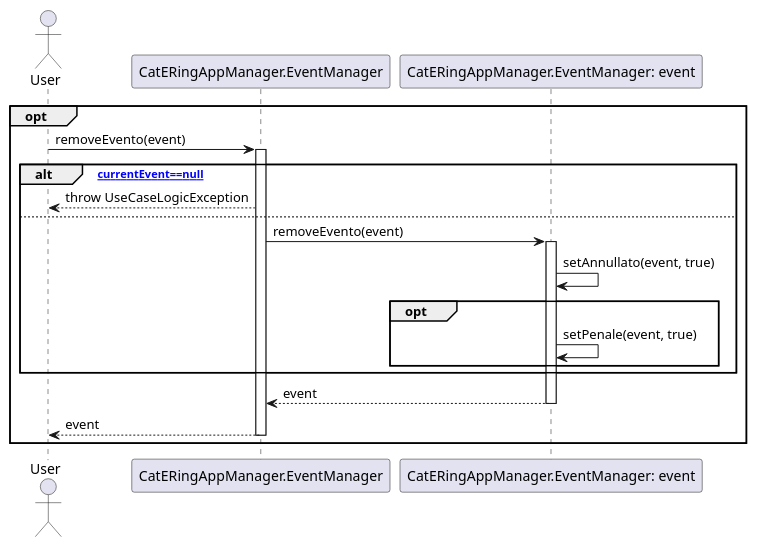
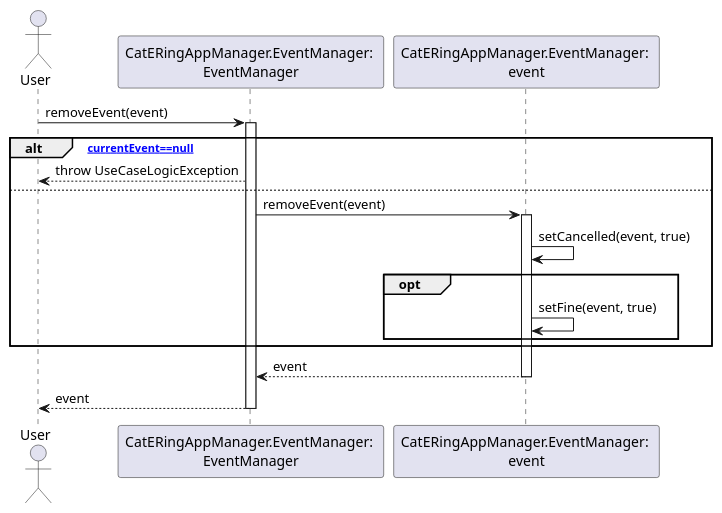
The diagram in dsd/dsd-eventi/estensioniEcc/1b-removeEvent.md (m0canu1/sas), drawn with PlantUML before and after one commit. The commit also changed 11 other files, not shown here.

````diff
--- a/dsd/dsd-eventi/estensioniEcc/1b-removeEvent.md
+++ b/dsd/dsd-eventi/estensioniEcc/1b-removeEvent.md
@@ -1,28 +1,26 @@
 ```plantuml
 Actor User
-Participant "CatERingAppManager.EventManager"
-Participant "CatERingAppManager.EventManager: event"
+Participant "CatERingAppManager.EventManager: \nEventManager" as EM 
+Participant "CatERingAppManager.EventManager: \nevent" as E
 
-opt
-    User -> "CatERingAppManager.EventManager": removeEvento(event)
-    Activate "CatERingAppManager.EventManager"
-    alt [currentEvent==null]
-        "CatERingAppManager.EventManager" --> User: throw UseCaseLogicException
-    else
-        "CatERingAppManager.EventManager" -> "CatERingAppManager.EventManager: event": removeEvento(event)
-        Activate "CatERingAppManager.EventManager: event"
+User -> EM: removeEvent(event)
+Activate EM
+alt [currentEvent==null]
+    EM --> User: throw UseCaseLogicException
+else
+    EM -> E: removeEvent(event)
+    Activate E
 
-        "CatERingAppManager.EventManager: event" -> "CatERingAppManager.EventManager: event": setAnnullato(event, true)
-        opt 
-            "CatERingAppManager.EventManager: event" -> "CatERingAppManager.EventManager: event": setPenale(event, true)
-        end
+    E -> E: setCancelled(event, true)
+    opt 
+        E -> E: setFine(event, true)
     end
-    "CatERingAppManager.EventManager: event" --> "CatERingAppManager.EventManager": event
-    Deactivate "CatERingAppManager.EventManager: event"
+end
+E --> EM: event
+Deactivate E
 
-    "CatERingAppManager.EventManager" --> User: event
-    Deactivate "CatERingAppManager.EventManager"
-end
+EM --> User: event
+Deactivate EM
 
 
 ```
````
